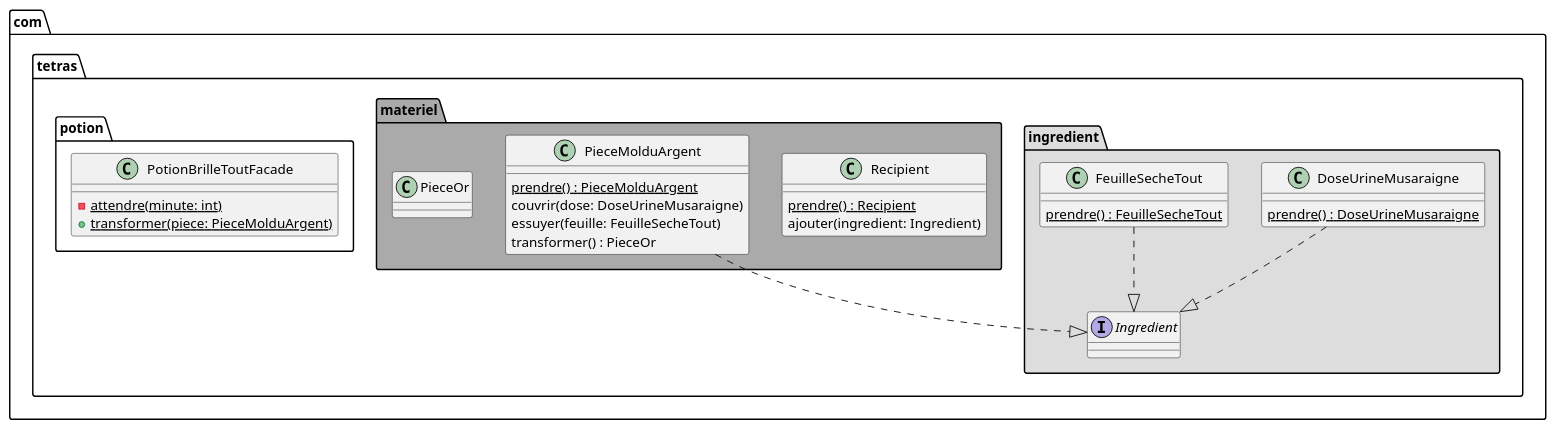
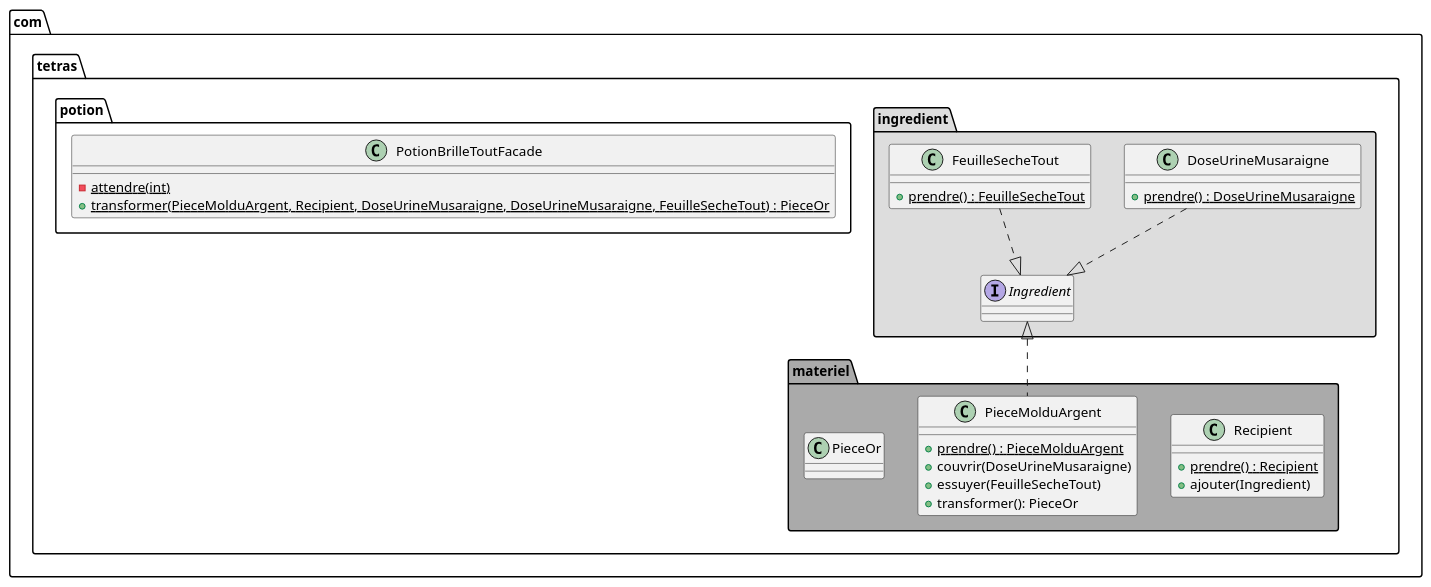
Before and after one commit to jandry/design-pattern: the diagram in src/uml/facade.puml, drawn with PlantUML. The commit also changed 3 other files, not shown here.

```diff
--- a/src/uml/facade.puml
+++ b/src/uml/facade.puml
@@ -1,41 +1,41 @@
 @startuml Facade
 
 package com.tetras.ingredient #DDDDDD {
     interface Ingredient
 
     class DoseUrineMusaraigne {
-        {static} prendre() : DoseUrineMusaraigne
+        {static} + prendre() : DoseUrineMusaraigne
     }
 
     class FeuilleSecheTout {
-        {static} prendre() : FeuilleSecheTout
+        {static} + prendre() : FeuilleSecheTout
     }
 }
 
 package com.tetras.materiel #AAAAAA {
     class Recipient {
-        {static} prendre() : Recipient
-        ajouter(ingredient: Ingredient)
+        {static} + prendre() : Recipient
+        + ajouter(Ingredient)
     }
 
     class PieceMolduArgent {
-        {static} prendre() : PieceMolduArgent
-        couvrir(dose: DoseUrineMusaraigne)
-        essuyer(feuille: FeuilleSecheTout)
-        transformer() : PieceOr
+        {static} +  prendre() : PieceMolduArgent
+        + couvrir(DoseUrineMusaraigne)
+        + essuyer(FeuilleSecheTout)
+        + transformer(): PieceOr
     }
 
     class PieceOr
 }
 
 package com.tetras.potion #FFFFFF {
     class PotionBrilleToutFacade {
-        {static} - attendre(minute: int)
-        {static} + transformer(piece: PieceMolduArgent)
+        {static} - attendre(int)
+        {static} + transformer(PieceMolduArgent, Recipient, DoseUrineMusaraigne, DoseUrineMusaraigne, FeuilleSecheTout) : PieceOr
     }
 }
 DoseUrineMusaraigne ..|> Ingredient
 FeuilleSecheTout ..|> Ingredient
-PieceMolduArgent ..|> Ingredient
+PieceMolduArgent .u.|> Ingredient
 
 @enduml
```
